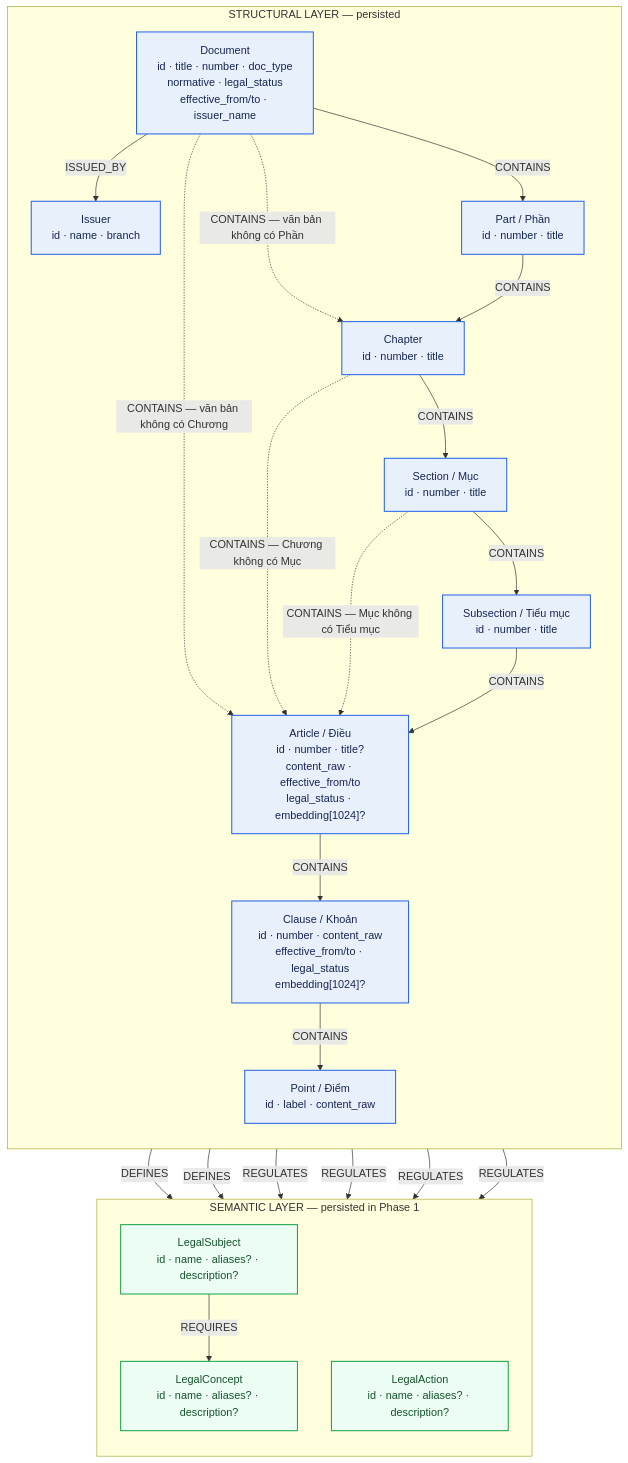
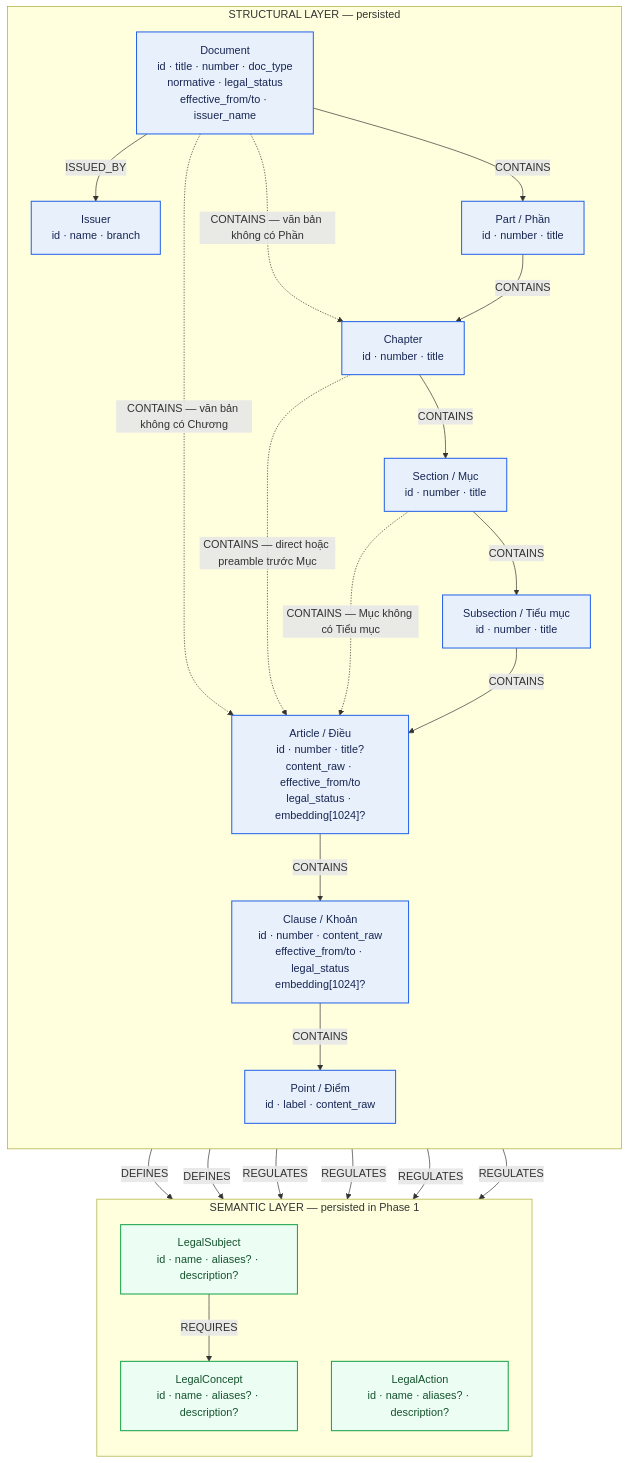
One commit to legal-graphrag-platform-vn/legal-graphrag-platform-vn changed the first of 3 diagrams in docs/report/neo4j_database_schema.md. Above: the diagram before and after it, drawn with Mermaid. The commit also changed other lines of this file and 18 other files, not shown here.

First line of the commit message:
Update ontology to version 1.8.1, allowing direct preamble Articles before Section Articles in Chapters

````diff
--- a/docs/report/neo4j_database_schema.md
+++ b/docs/report/neo4j_database_schema.md
@@ -38,48 +38,48 @@
 ```mermaid
 flowchart TB
     subgraph STRUCTURAL["STRUCTURAL LAYER — persisted"]
         direction TB
         D["Document<br/>id · title · number · doc_type<br/>normative · legal_status<br/>effective_from/to · issuer_name"]
         I["Issuer<br/>id · name · branch"]
         PART["Part / Phần<br/>id · number · title"]
         CH["Chapter<br/>id · number · title"]
         SEC["Section / Mục<br/>id · number · title"]
         SUB["Subsection / Tiểu mục<br/>id · number · title"]
         ART["Article / Điều<br/>id · number · title?<br/>content_raw · effective_from/to<br/>legal_status · embedding[1024]?"]
         CLA["Clause / Khoản<br/>id · number · content_raw<br/>effective_from/to · legal_status<br/>embedding[1024]?"]
         PT["Point / Điểm<br/>id · label · content_raw"]
 
         D -->|ISSUED_BY| I
         D -->|CONTAINS| PART
         D -.->|CONTAINS — văn bản không có Phần| CH
         D -.->|CONTAINS — văn bản không có Chương| ART
         PART -->|CONTAINS| CH
         CH -->|CONTAINS| SEC
-        CH -.->|CONTAINS — Chương không có Mục| ART
+        CH -.->|CONTAINS — direct hoặc preamble trước Mục| ART
         SEC -->|CONTAINS| SUB
         SEC -.->|CONTAINS — Mục không có Tiểu mục| ART
         SUB -->|CONTAINS| ART
         ART -->|CONTAINS| CLA
         CLA -->|CONTAINS| PT
     end
 
     subgraph SEMANTIC["SEMANTIC LAYER — persisted in Phase 1"]
         direction TB
         LC["LegalConcept<br/>id · name · aliases? · description?"]
         LS["LegalSubject<br/>id · name · aliases? · description?"]
         LA["LegalAction<br/>id · name · aliases? · description?"]
     end
 
     ART -->|DEFINES| LC
     CLA -->|DEFINES| LC
     ART -->|REGULATES| LS
     CLA -->|REGULATES| LS
     ART -->|REGULATES| LA
     CLA -->|REGULATES| LA
     LS -->|REQUIRES| LC
 
     classDef structural fill:#e8f1fb,stroke:#2563eb,color:#172554,stroke-width:1.5px;
     classDef semantic fill:#ecfdf3,stroke:#16a34a,color:#14532d,stroke-width:1.5px;
     class D,I,PART,CH,SEC,SUB,ART,CLA,PT structural;
     class LC,LS,LA semantic;
 ```
````
